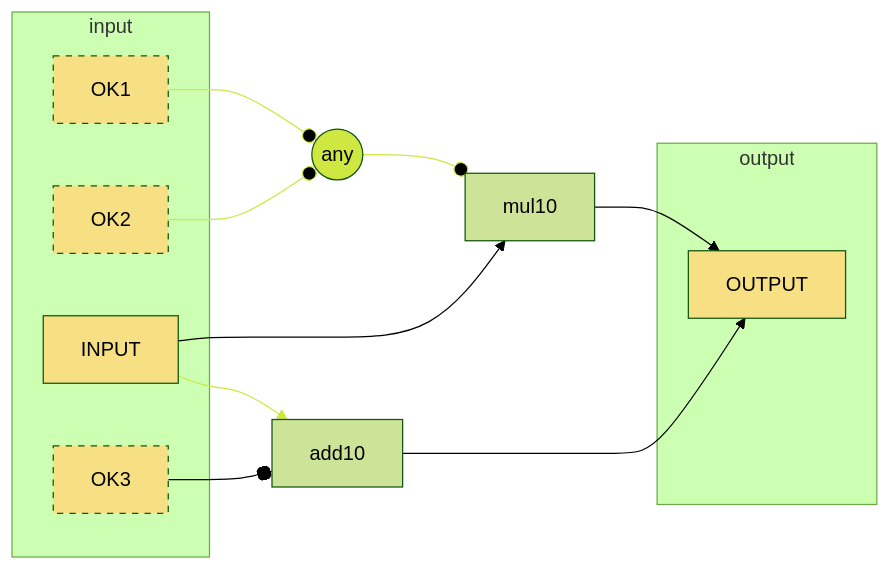
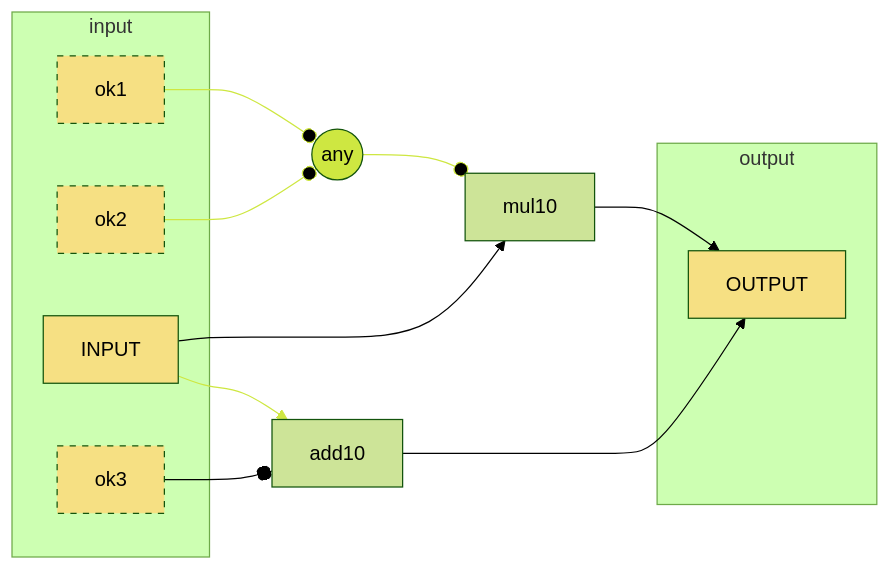
The fifth of 5 diagrams in docs/source/contents/pipelines/index.md (SeldonIO/seldon-core), drawn with Mermaid (forest theme) before and after one commit. The commit also changed other lines of this file, not shown here.

Commit message:
Lowercase tensors for trigger join example

````diff
--- a/docs/source/contents/pipelines/index.md
+++ b/docs/source/contents/pipelines/index.md
@@ -250,36 +250,37 @@
 ```{mermaid}
   :caption: "*A pipeline with multiple triggers and a trigger join of type `any`. The pipeline has four inputs, but three of these are optional (signified by the dashed borders).*"
   :align: center
+
   flowchart LR
       classDef pipeIO fill:#F6E083
       classDef pipeIOopt fill:#F6E083,stroke-dasharray: 5 5;
       classDef trigger fill:#CEE741;
       classDef hidden fill:#ffffff,stroke:#ffffff
 
       subgraph input
-          OK1:::pipeIOopt
-          OK2:::pipeIOopt
+          ok1:::pipeIOopt
+          ok2:::pipeIOopt
           INPUT:::pipeIO
-          OK3:::pipeIOopt
+          ok3:::pipeIOopt
       end
 
-      OK1 --o any
-      OK2 --o any
+      ok1 --o any
+      ok2 --o any
       any((any)):::trigger --o mul10
       linkStyle 0 stroke:#CEE741,color:green;
       linkStyle 1 stroke:#CEE741,color:green;
       linkStyle 2 stroke:#CEE741,color:green;
 
       INPUT --> mul10
       INPUT --> add10
 
-      OK3 --o add10
+      ok3 --o add10
       linkStyle 4 stroke:#CEE741,color:green;
 
       subgraph output
         OUTPUT:::pipeIO
       end
 
       mul10 --> OUTPUT
       add10 --> OUTPUT
 ```
````
